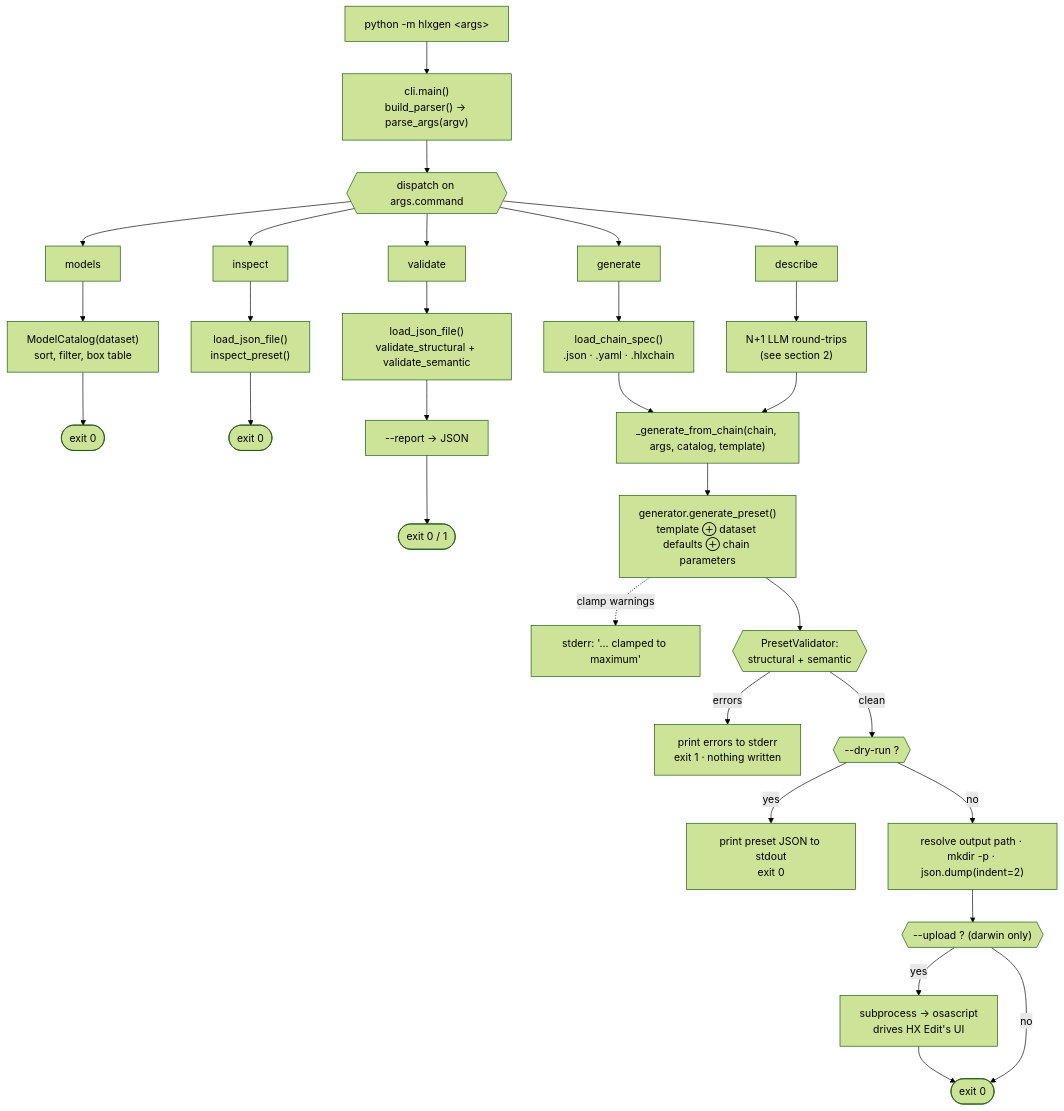
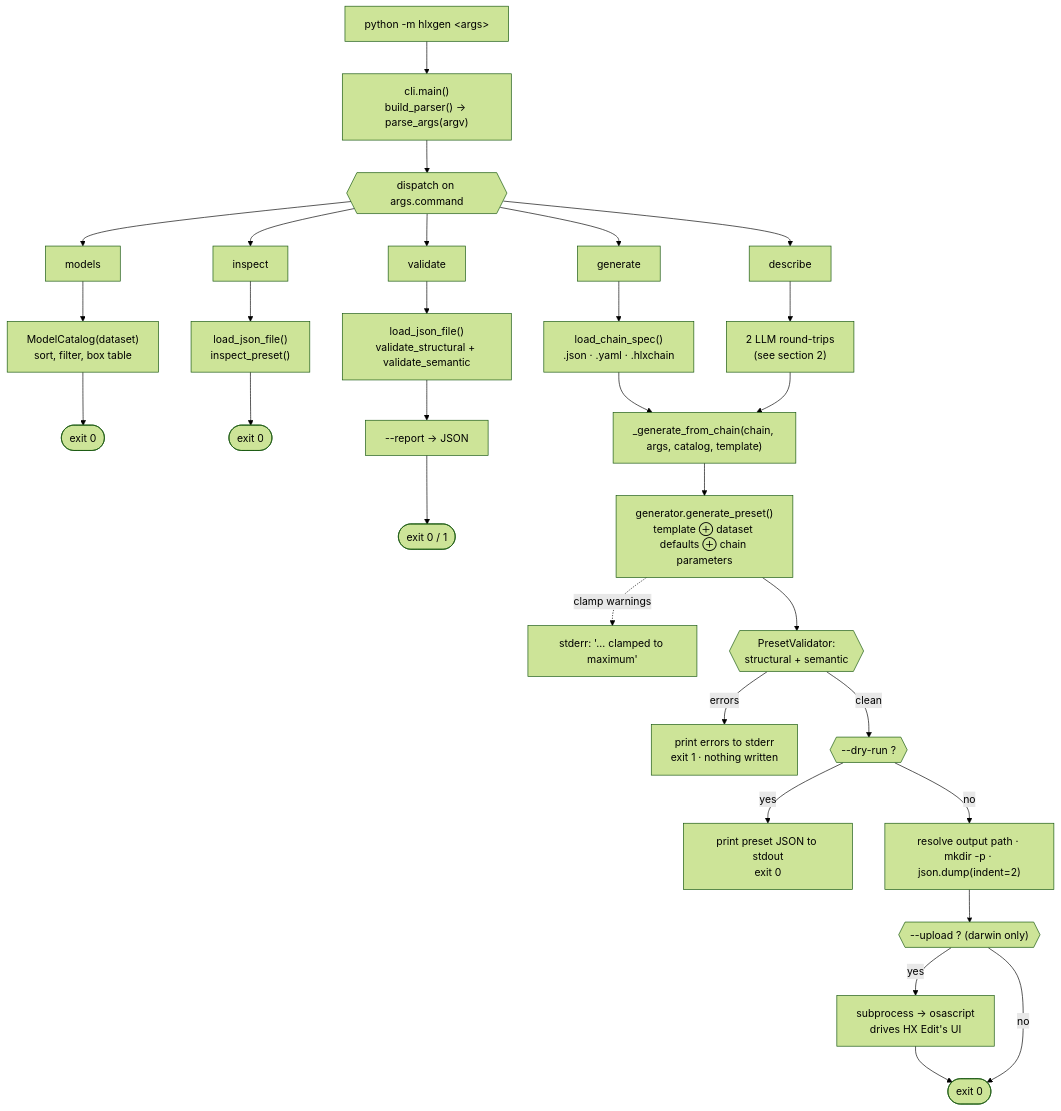
One commit to ORogers/HelixGen changed the first of 3 diagrams in docs/application_flow.md. Above: the diagram before and after it, drawn with Mermaid (forest theme). The commit also changed other lines of this file and 9 other files, not shown here.

````diff
--- a/docs/application_flow.md
+++ b/docs/application_flow.md
@@ -26,30 +26,30 @@
 ```mermaid
 flowchart TD
     entry["python -m hlxgen &lt;args&gt;"] --> parse["cli.main()<br>build_parser() → parse_args(argv)"]
     parse --> disp{{"dispatch on args.command"}}
 
     disp --> models["models"]
     disp --> inspect["inspect"]
     disp --> validate["validate"]
     disp --> generate["generate"]
     disp --> describe["describe"]
 
     models --> m1["ModelCatalog(dataset)<br>sort, filter, box table"] --> mx(["exit 0"])
     inspect --> i1["load_json_file()<br>inspect_preset()"] --> ix(["exit 0"])
     validate --> v1["load_json_file()<br>validate_structural + validate_semantic"] --> v2["--report → JSON"] --> vx(["exit 0 / 1"])
 
     generate --> g1["load_chain_spec()<br>.json · .yaml · .hlxchain"] --> spine
-    describe --> d1["N+1 LLM round-trips<br>(see section 2)"] --> spine
+    describe --> d1["2 LLM round-trips<br>(see section 2)"] --> spine
 
     spine["_generate_from_chain(chain, args, catalog, template)"]
     spine --> gp["generator.generate_preset()<br>template ⊕ dataset defaults ⊕ chain parameters"]
     gp -. clamp warnings .-> warn["stderr: '… clamped to maximum'"]
     gp --> gate{{"PresetValidator:<br>structural + semantic"}}
     gate -- errors --> err["print errors to stderr<br>exit 1 · nothing written"]
     gate -- clean --> dry{{"--dry-run ?"}}
     dry -- yes --> dryout["print preset JSON to stdout<br>exit 0"]
     dry -- no --> write["resolve output path · mkdir -p · json.dump(indent=2)"]
     write --> up{{"--upload ? (darwin only)"}}
     up -- yes --> osa["subprocess → osascript<br>drives HX Edit's UI"] --> ok(["exit 0"])
     up -- no --> ok
 ```
````
